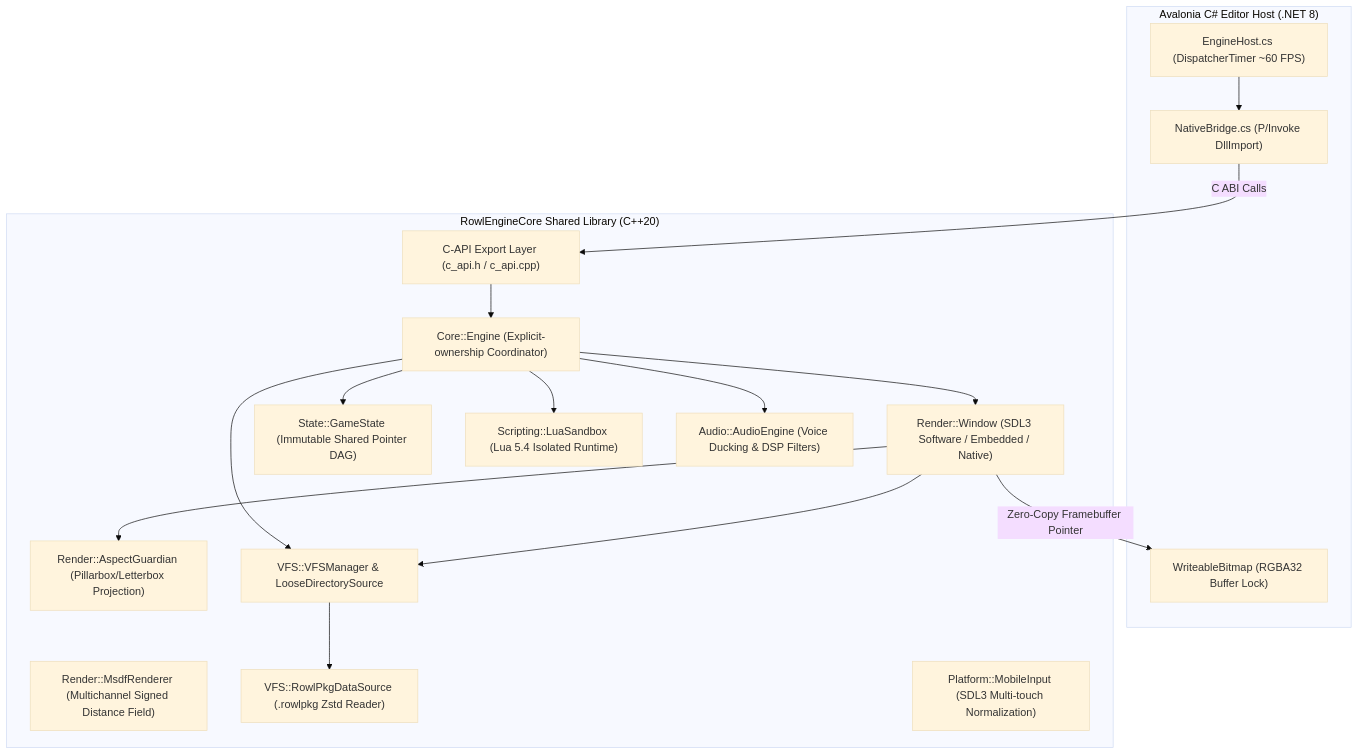
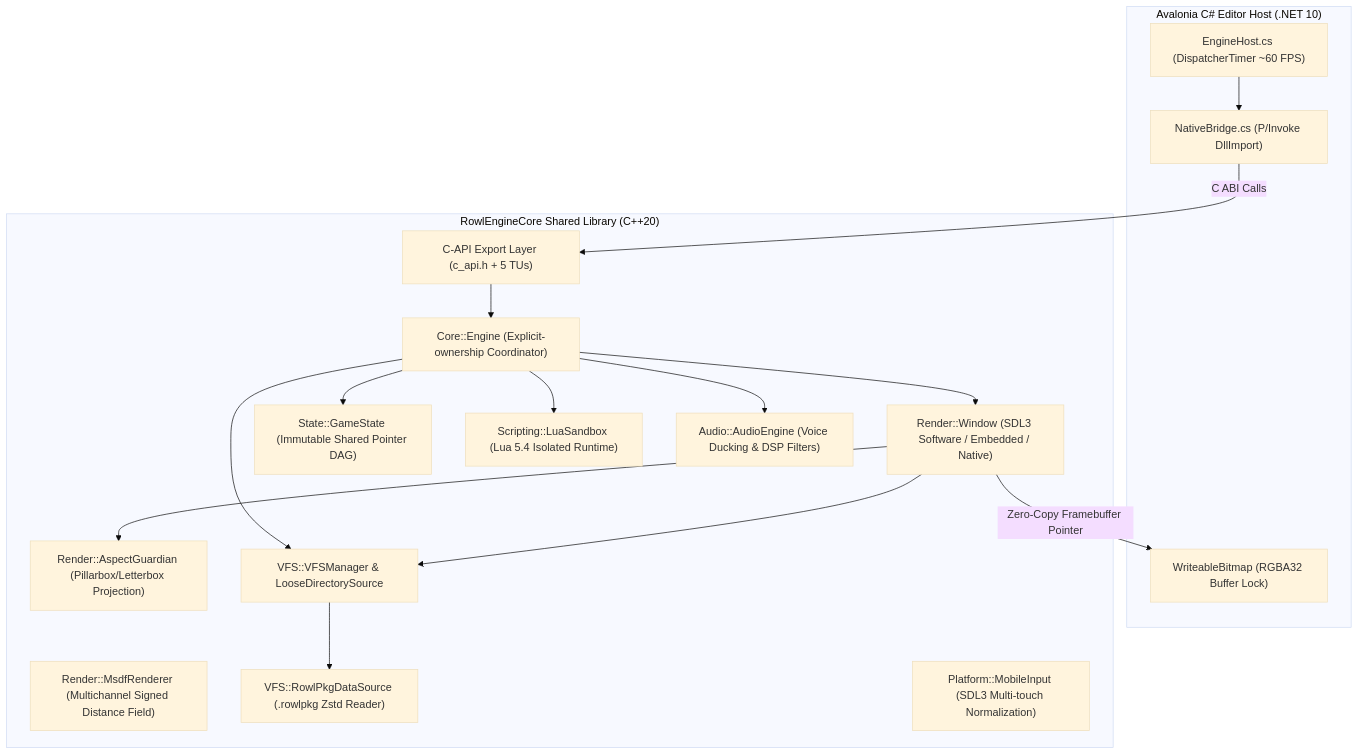
One commit to omerseyfettinozd/Rowl-Engine changed the first of 3 diagrams in ROWL_ENGINE_COMPLETE_SPECIFICATION.md. Above: the diagram before and after it, drawn with Mermaid (base theme). The commit also changed other lines of this file and 3 other files, not shown here.

````diff
--- a/ROWL_ENGINE_COMPLETE_SPECIFICATION.md
+++ b/ROWL_ENGINE_COMPLETE_SPECIFICATION.md
@@ -79,35 +79,35 @@
 ```mermaid
 graph TD
-    subgraph Host ["Avalonia C# Editor Host (.NET 8)"]
+    subgraph Host ["Avalonia C# Editor Host (.NET 10)"]
         EH["EngineHost.cs (DispatcherTimer ~60 FPS)"]
         NB["NativeBridge.cs (P/Invoke DllImport)"]
         WB["WriteableBitmap (RGBA32 Buffer Lock)"]
     end
 
     subgraph NativeCore ["RowlEngineCore Shared Library (C++20)"]
-        CAPI["C-API Export Layer (c_api.h / c_api.cpp)"]
+        CAPI["C-API Export Layer (c_api.h + 5 TUs)"]
         ENG["Core::Engine (Explicit-ownership Coordinator)"]
         WIN["Render::Window (SDL3 Software / Embedded / Native)"]
         AG["Render::AspectGuardian (Pillarbox/Letterbox Projection)"]
         MSDF["Render::MsdfRenderer (Multichannel Signed Distance Field)"]
         VFS["VFS::VFSManager & LooseDirectorySource"]
         PKG["VFS::RowlPkgDataSource (.rowlpkg Zstd Reader)"]
         STATE["State::GameState (Immutable Shared Pointer DAG)"]
         LUA["Scripting::LuaSandbox (Lua 5.4 Isolated Runtime)"]
         AUD["Audio::AudioEngine (Voice Ducking & DSP Filters)"]
         MOBI["Platform::MobileInput (SDL3 Multi-touch Normalization)"]
     end
 
     EH --> NB
     NB -->|C ABI Calls| CAPI
     CAPI --> ENG
     ENG --> WIN
     ENG --> VFS
     ENG --> STATE
     ENG --> LUA
     ENG --> AUD
     WIN --> AG
     WIN --> VFS
     VFS --> PKG
     WIN -->|Zero-Copy Framebuffer Pointer| WB
 ```
````
